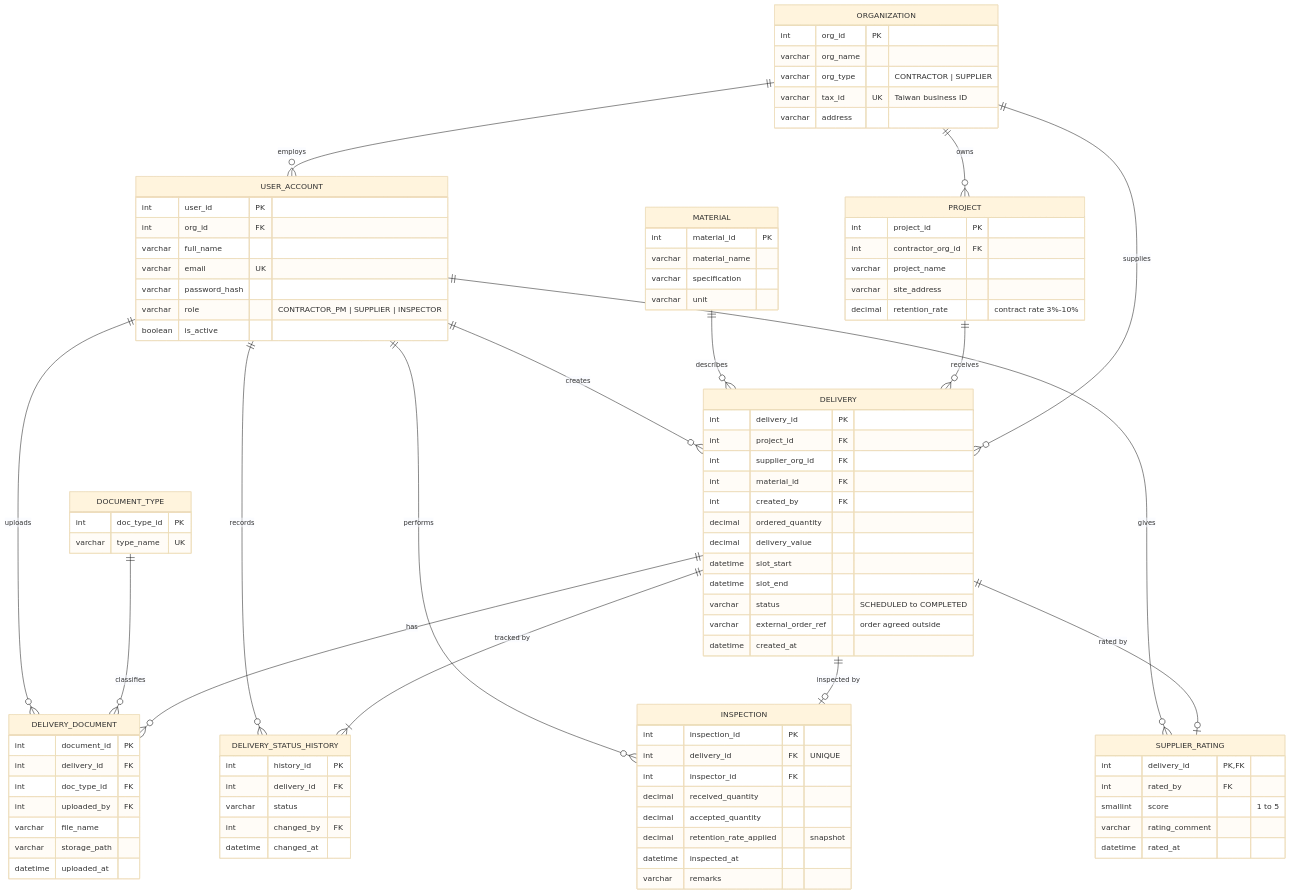
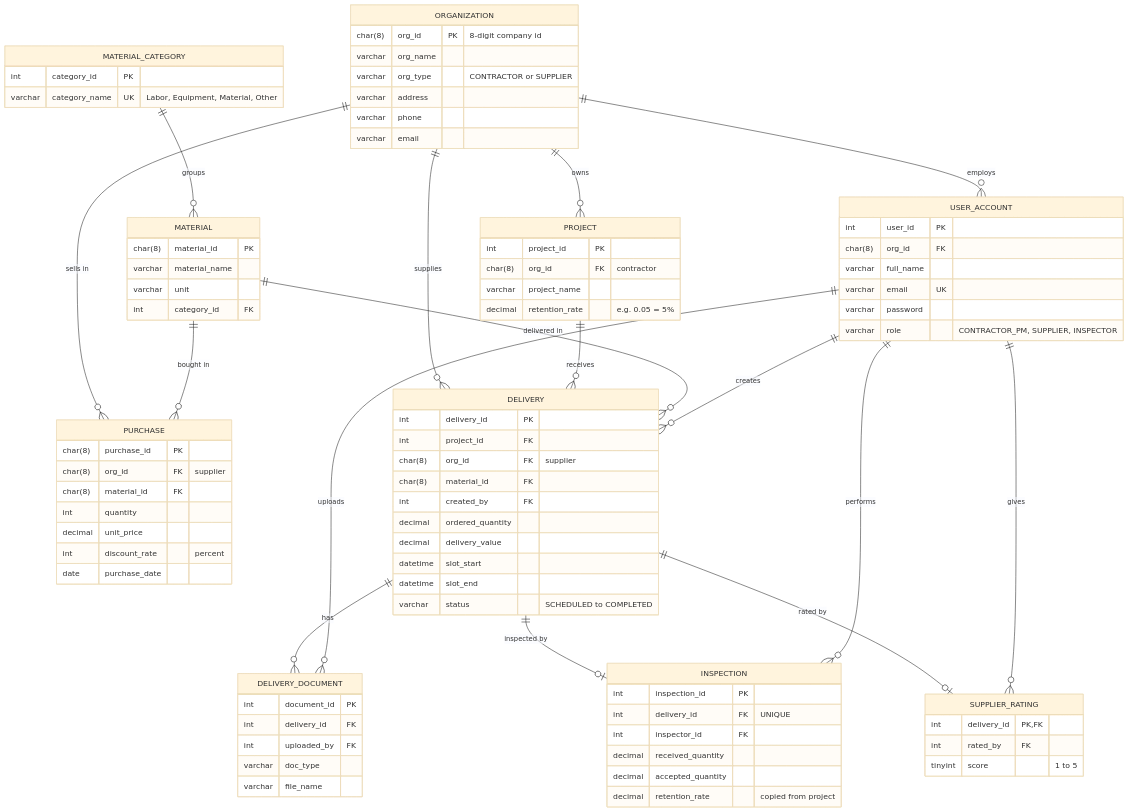
Before and after one commit to samwichi/siteproof: the first of 2 diagrams in ERModel.md, drawn with Mermaid (base theme). The commit also changed other lines of this file and 1 other file, not shown here.

````diff
--- a/ERModel.md
+++ b/ERModel.md
@@ -22,67 +20,64 @@
 ```mermaid
 erDiagram
     ORGANIZATION {
-        int org_id PK
+        char(8) org_id PK "8-digit company id"
         varchar org_name
-        varchar org_type "CONTRACTOR | SUPPLIER"
-        varchar tax_id UK "Taiwan business ID"
+        varchar org_type "CONTRACTOR or SUPPLIER"
         varchar address
+        varchar phone
+        varchar email
     }
     USER_ACCOUNT {
         int user_id PK
-        int org_id FK
+        char(8) org_id FK
         varchar full_name
         varchar email UK
-        varchar password_hash
-        varchar role "CONTRACTOR_PM | SUPPLIER | INSPECTOR"
-        boolean is_active
+        varchar password
+        varchar role "CONTRACTOR_PM, SUPPLIER, INSPECTOR"
     }
     PROJECT {
         int project_id PK
-        int contractor_org_id FK
+        char(8) org_id FK "contractor"
         varchar project_name
-        varchar site_address
-        decimal retention_rate "contract rate 3%-10%"
+        decimal retention_rate "e.g. 0.05 = 5%"
+    }
+    MATERIAL_CATEGORY {
+        int category_id PK
+        varchar category_name UK "Labor, Equipment, Material, Other"
     }
     MATERIAL {
-        int material_id PK
+        char(8) material_id PK
         varchar material_name
-        varchar specification
         varchar unit
+        int category_id FK
     }
-    DOCUMENT_TYPE {
-        int doc_type_id PK
-        varchar type_name UK
+    PURCHASE {
+        char(8) purchase_id PK
+        char(8) org_id FK "supplier"
+        char(8) material_id FK
+        int quantity
+        decimal unit_price
+        int discount_rate "percent"
+        date purchase_date
     }
     DELIVERY {
         int delivery_id PK
         int project_id FK
-        int supplier_org_id FK
-        int material_id FK
+        char(8) org_id FK "supplier"
+        char(8) material_id FK
         int created_by FK
         decimal ordered_quantity
         decimal delivery_value
         datetime slot_start
         datetime slot_end
         varchar status "SCHEDULED to COMPLETED"
-        varchar external_order_ref "order agreed outside"
-        datetime created_at
-    }
-    DELIVERY_STATUS_HISTORY {
-        int history_id PK
-        int delivery_id FK
-        varchar status
-        int changed_by FK
-        datetime changed_at
     }
     DELIVERY_DOCUMENT {
         int document_id PK
         int delivery_id FK
-        int doc_type_id FK
         int uploaded_by FK
+        varchar doc_type
         varchar file_name
-        varchar storage_path
-        datetime uploaded_at
     }
     INSPECTION {
         int inspection_id PK
@@ -90,28 +85,24 @@
         int inspector_id FK
         decimal received_quantity
         decimal accepted_quantity
-        decimal retention_rate_applied "snapshot"
-        datetime inspected_at
-        varchar remarks
+        decimal retention_rate "copied from project"
     }
     SUPPLIER_RATING {
-        int delivery_id PK,FK
+        int delivery_id PK, FK
         int rated_by FK
-        smallint score "1 to 5"
-        varchar rating_comment
-        datetime rated_at
+        tinyint score "1 to 5"
     }
 
     ORGANIZATION ||--o{ USER_ACCOUNT : employs
     ORGANIZATION ||--o{ PROJECT : owns
+    ORGANIZATION ||--o{ PURCHASE : "sells in"
+    MATERIAL ||--o{ PURCHASE : "bought in"
+    MATERIAL_CATEGORY ||--o{ MATERIAL : groups
     ORGANIZATION ||--o{ DELIVERY : supplies
     PROJECT ||--o{ DELIVERY : receives
-    MATERIAL ||--o{ DELIVERY : describes
+    MATERIAL ||--o{ DELIVERY : "delivered in"
     USER_ACCOUNT ||--o{ DELIVERY : creates
-    DELIVERY ||--|{ DELIVERY_STATUS_HISTORY : "tracked by"
-    USER_ACCOUNT ||--o{ DELIVERY_STATUS_HISTORY : records
     DELIVERY ||--o{ DELIVERY_DOCUMENT : has
-    DOCUMENT_TYPE ||--o{ DELIVERY_DOCUMENT : classifies
     USER_ACCOUNT ||--o{ DELIVERY_DOCUMENT : uploads
     DELIVERY ||--o| INSPECTION : "inspected by"
     USER_ACCOUNT ||--o{ INSPECTION : performs
````
